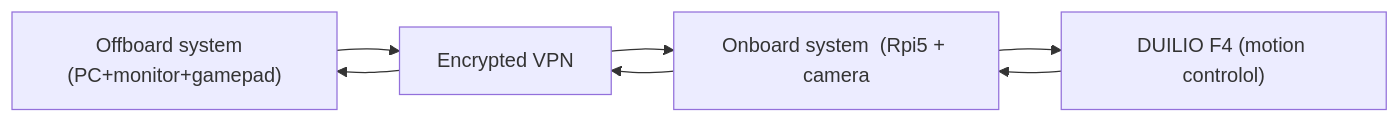
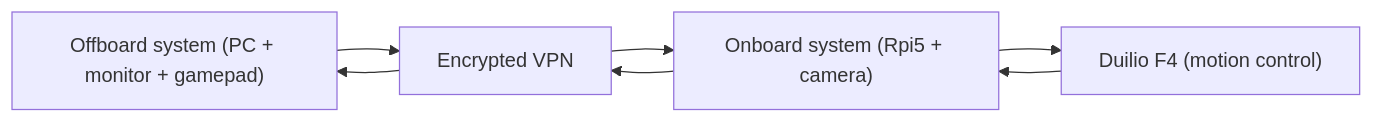
One commit to Giuliodori/DUILIO-FPV changed the diagram in README.md. Above: the diagram before and after it, drawn with Mermaid. The commit also changed other lines of this file, not shown here.

````diff
--- a/README.md
+++ b/README.md
@@ -58,15 +47,13 @@
 ```mermaid
 flowchart LR
-    A["Offboard system  (PC+monitor+gamepad)"]
+    A["Offboard system (PC + monitor + gamepad)"]
     B["Encrypted VPN"]
-    C["Onboard system  (Rpi5 + camera"]
-    D["DUILIO F4 (motion controlol)"]
+    C["Onboard system (Rpi5 + camera)"]
+    D["Duilio F4 (motion control)"]
     A --> B
     B --> A
     B --> C
     C --> B
     D --> C
     C --> D
-
-
 ```
````
